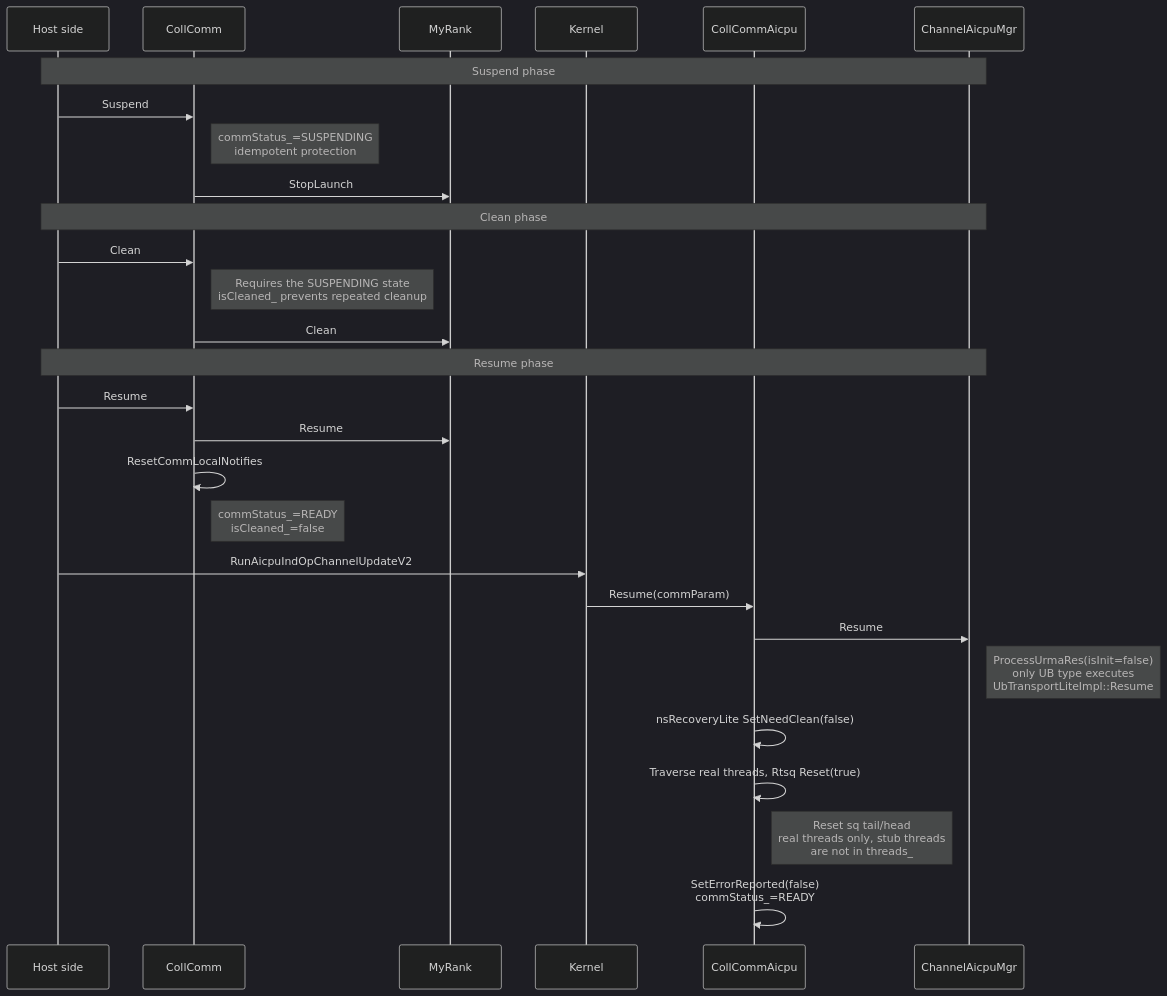
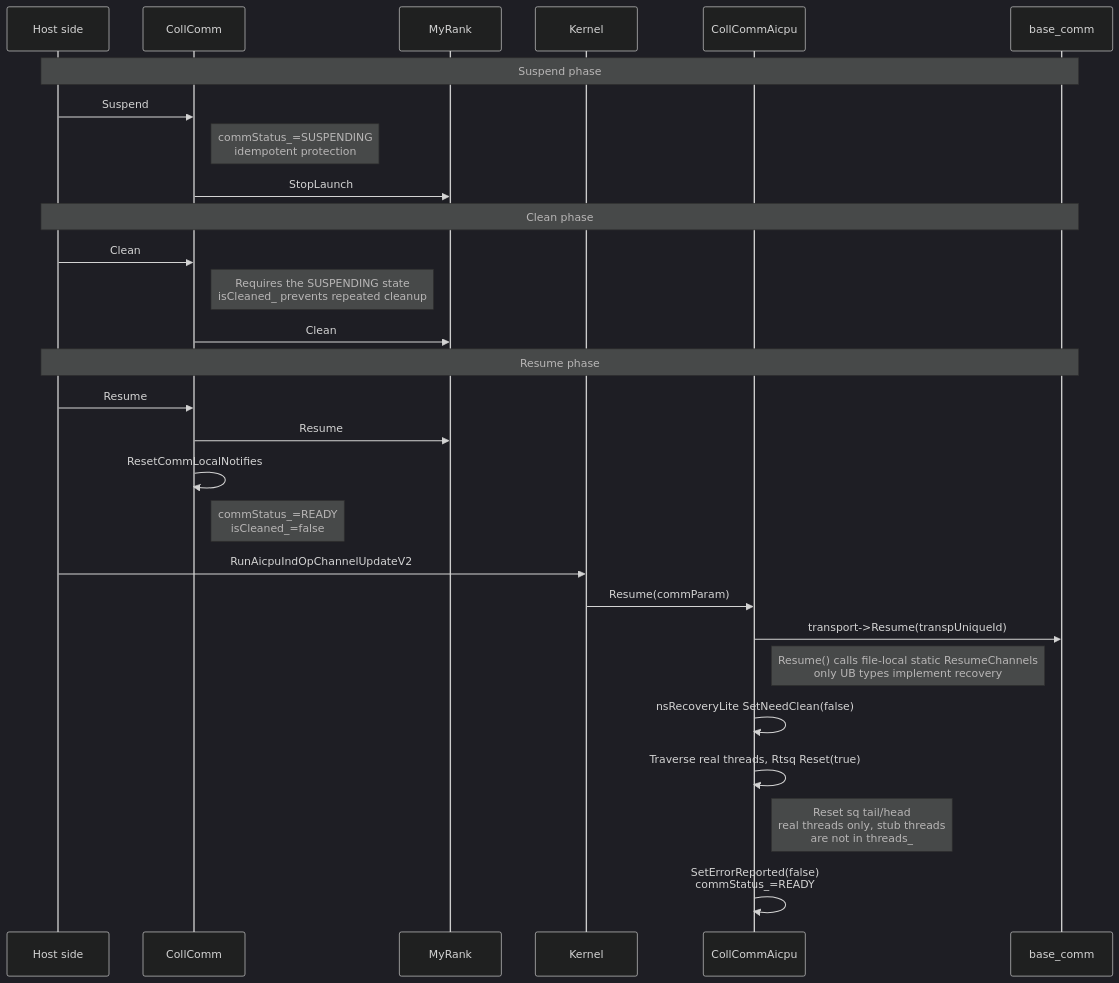
Before and after one commit to Atlas-Ascend-Fork/hcomm: the eighth of 12 diagrams in src/coll_communicator_mgr/communicator/communicator_en.md, drawn with Mermaid (dark theme). The commit also changed other lines of this file and 4 other files, not shown here.

````diff
--- a/src/coll_communicator_mgr/communicator/communicator_en.md
+++ b/src/coll_communicator_mgr/communicator/communicator_en.md
@@ -376,35 +368,35 @@
 ```mermaid
 sequenceDiagram
     participant Host side
     participant CollComm
     participant MyRank
     participant Kernel
     participant CollCommAicpu
-    participant ChannelAicpuMgr
+    participant base_comm
 
-    Note over Host side,ChannelAicpuMgr: Suspend phase
+    Note over Host side,base_comm: Suspend phase
     Host side->>CollComm: Suspend
     Note right of CollComm: commStatus_=SUSPENDING<br/>idempotent protection
     CollComm->>MyRank: StopLaunch
 
-    Note over Host side,ChannelAicpuMgr: Clean phase
+    Note over Host side,base_comm: Clean phase
     Host side->>CollComm: Clean
     Note right of CollComm: Requires the SUSPENDING state<br/>isCleaned_ prevents repeated cleanup
     CollComm->>MyRank: Clean
 
-    Note over Host side,ChannelAicpuMgr: Resume phase
+    Note over Host side,base_comm: Resume phase
     Host side->>CollComm: Resume
     CollComm->>MyRank: Resume
     CollComm->>CollComm: ResetCommLocalNotifies
     Note right of CollComm: commStatus_=READY<br/>isCleaned_=false
 
     Host side->>Kernel: RunAicpuIndOpChannelUpdateV2
     Kernel->>CollCommAicpu: Resume(commParam)
-    CollCommAicpu->>ChannelAicpuMgr: Resume
-    Note right of ChannelAicpuMgr: ProcessUrmaRes(isInit=false)<br/>only UB type executes<br/>UbTransportLiteImpl::Resume
+    CollCommAicpu->>base_comm: transport->Resume(transpUniqueId)
+    Note right of CollCommAicpu: Resume() calls file-local static ResumeChannels<br/>only UB types implement recovery
 
     CollCommAicpu->>CollCommAicpu: nsRecoveryLite SetNeedClean(false)
     CollCommAicpu->>CollCommAicpu: Traverse real threads, Rtsq Reset(true)
     Note right of CollCommAicpu: Reset sq tail/head<br/>real threads only, stub threads<br/>are not in threads_
     CollCommAicpu->>CollCommAicpu: SetErrorReported(false)<br/>commStatus_=READY
 ```
````
